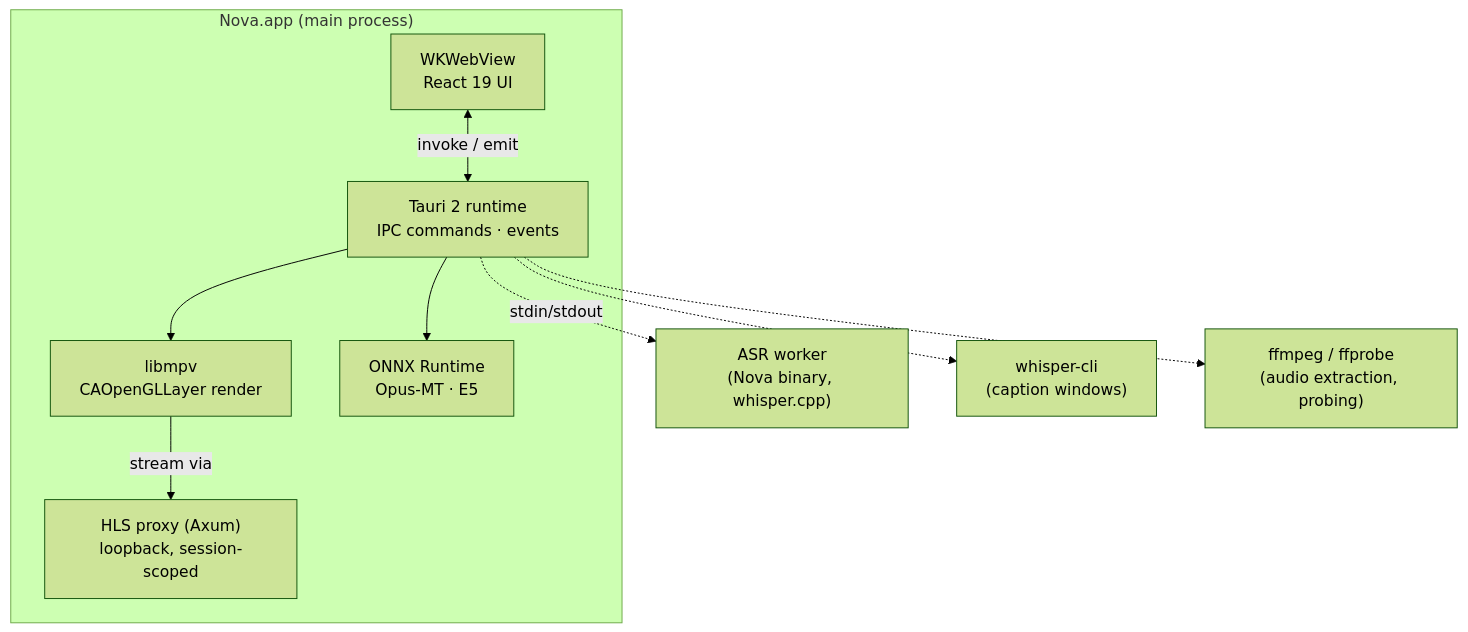
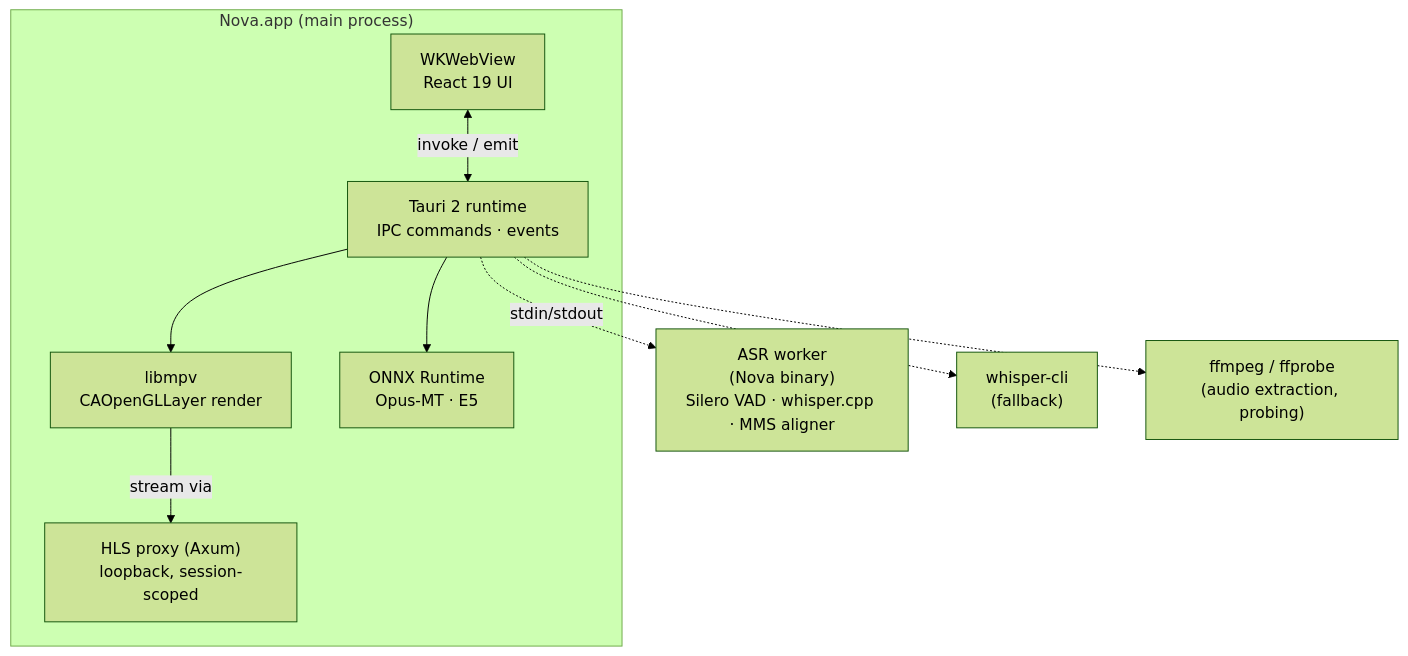
Before and after one commit to YoussefSah05/nova: the first of 4 diagrams in docs/architecture/overview.md, drawn with Mermaid (forest theme). The commit also changed other lines of this file and 8 other files, not shown here.

First line of the commit message:
docs: bring guides, architecture and changelog up to date with caption timing

````diff
--- a/docs/architecture/overview.md
+++ b/docs/architecture/overview.md
@@ -22,20 +22,20 @@
 ```mermaid
 flowchart TB
     subgraph App["Nova.app (main process)"]
         WV["WKWebView<br/>React 19 UI"]
         Tauri["Tauri 2 runtime<br/>IPC commands · events"]
         Proxy["HLS proxy (Axum)<br/>loopback, session-scoped"]
         MPV["libmpv<br/>CAOpenGLLayer render"]
         ORT["ONNX Runtime<br/>Opus-MT · E5"]
     end
-    ASR["ASR worker<br/>(Nova binary, whisper.cpp)"]
-    CLI["whisper-cli<br/>(caption windows)"]
+    ASR["ASR worker<br/>(Nova binary)<br/>Silero VAD · whisper.cpp · MMS aligner"]
+    CLI["whisper-cli<br/>(fallback)"]
     FF["ffmpeg / ffprobe<br/>(audio extraction, probing)"]
     WV <-->|"invoke / emit"| Tauri
     Tauri --> MPV
     MPV -->|"stream via"| Proxy
     Tauri --> ORT
     Tauri -.->|"stdin/stdout"| ASR
     Tauri -.-> CLI
     Tauri -.-> FF
 ```
````
